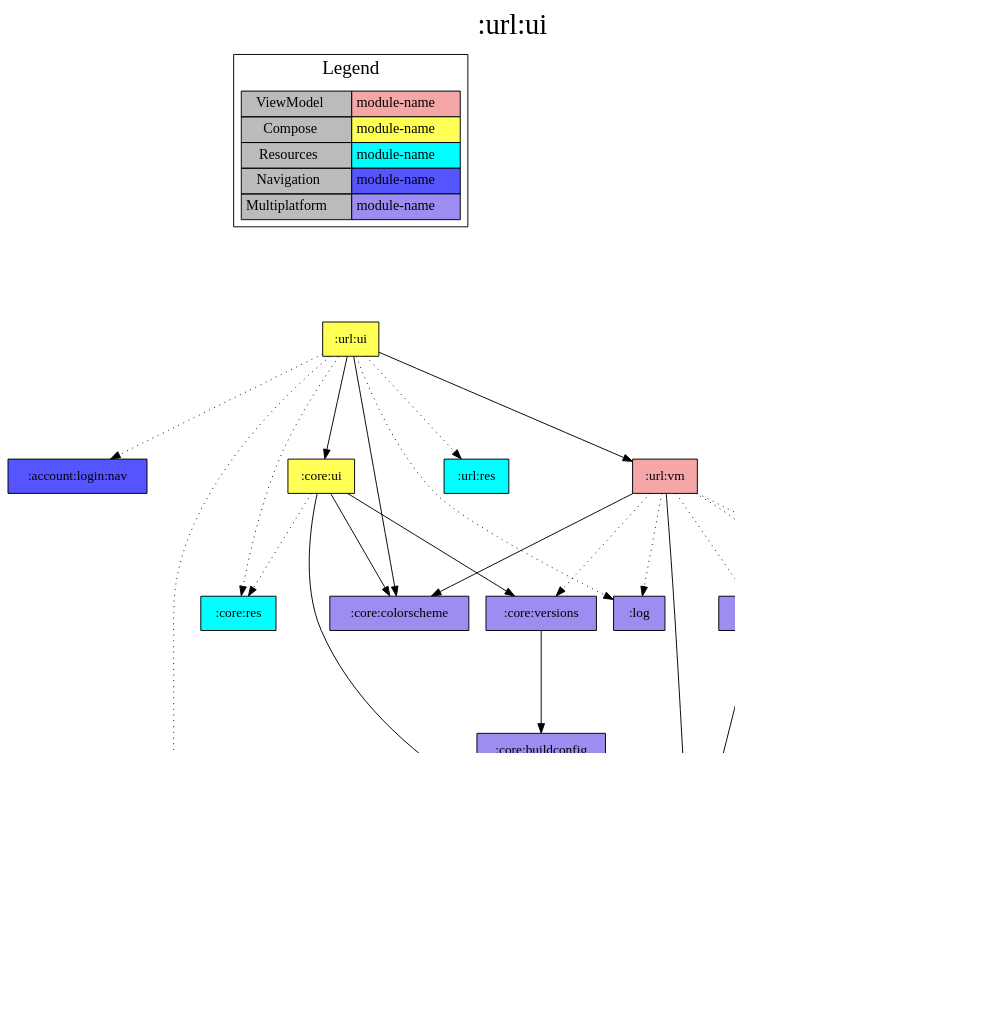
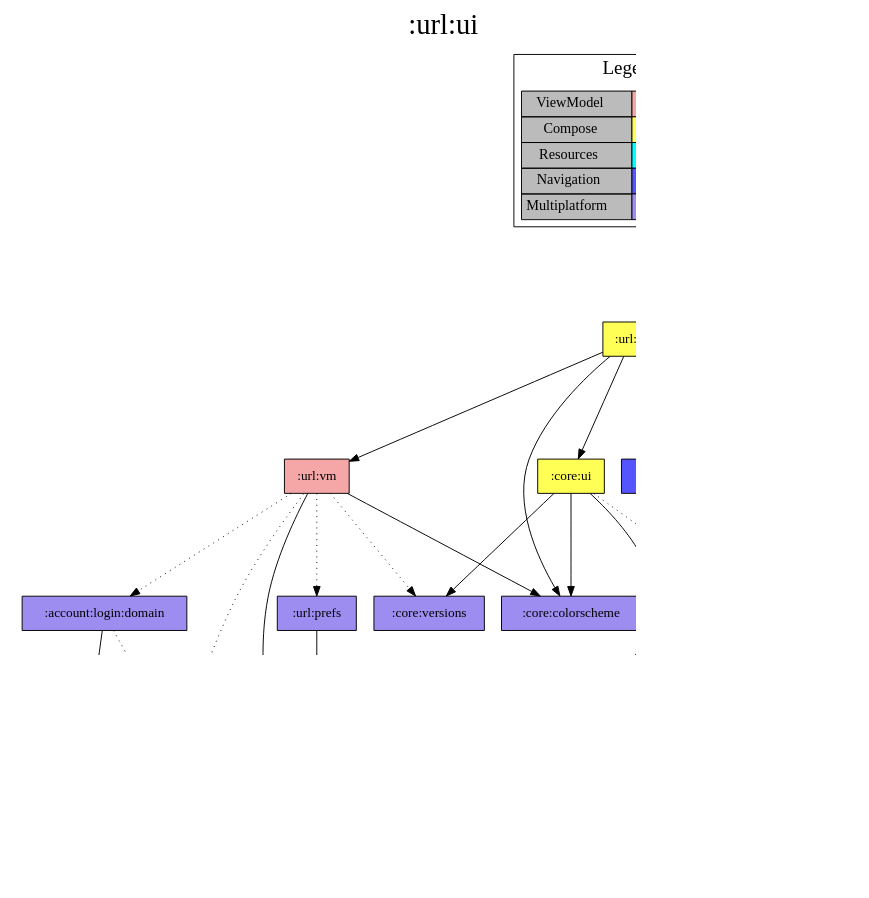
Before and after one commit to jonapoul/aktual: the diagram in modules/url/ui/project-dependency-graph.dot, drawn with Graphviz. The commit also changed 143 other files, not shown here.

```diff
--- a/modules/url/ui/project-dependency-graph.dot
+++ b/modules/url/ui/project-dependency-graph.dot
@@ -1,66 +1,58 @@
 digraph {
 edge ["dir"="forward"]
 graph ["dpi"="100","label"=":url:ui","labelloc"="t","fontsize"="30","ranksep"="1.5","rankdir"="TB"]
 node ["style"="filled"]
 ":account:login:domain" ["fillcolor"="#9D8DF1","shape"="box"]
 ":account:login:nav" ["fillcolor"="#5555FF","shape"="box"]
 ":account:model" ["fillcolor"="#9D8DF1","shape"="box"]
 ":api:actual" ["fillcolor"="#9D8DF1","shape"="box"]
 ":budget:model" ["fillcolor"="#9D8DF1","shape"="box"]
-":core:buildconfig" ["fillcolor"="#9D8DF1","shape"="box"]
 ":core:colorscheme" ["fillcolor"="#9D8DF1","shape"="box"]
-":core:model" ["fillcolor"="#9D8DF1","shape"="box"]
 ":core:res" ["fillcolor"="#00FFFF","shape"="box"]
 ":core:ui" ["fillcolor"="#FFFF55","shape"="box"]
 ":core:versions" ["fillcolor"="#9D8DF1","shape"="box"]
-":log" ["fillcolor"="#9D8DF1","shape"="box"]
 ":url:model" ["fillcolor"="#9D8DF1","shape"="box"]
 ":url:prefs" ["fillcolor"="#9D8DF1","shape"="box"]
 ":url:res" ["fillcolor"="#00FFFF","shape"="box"]
 ":url:ui" ["fillcolor"="#FFFF55","shape"="box"]
 ":url:vm" ["fillcolor"="#F5A6A6","shape"="box"]
 {
 edge ["dir"="none"]
 graph ["rank"="same"]
 }
 ":account:login:domain" -> ":account:model"
 ":account:login:domain" -> ":api:actual" ["style"="dotted"]
 ":api:actual" -> ":account:model"
 ":api:actual" -> ":budget:model"
 ":api:actual" -> ":url:model"
 ":core:ui" -> ":core:colorscheme"
 ":core:ui" -> ":core:res" ["style"="dotted"]
 ":core:ui" -> ":core:versions"
 ":core:ui" -> ":url:model"
-":core:versions" -> ":core:buildconfig"
-":url:model" -> ":core:model" ["style"="dotted"]
 ":url:prefs" -> ":url:model"
 ":url:ui" -> ":account:login:nav" ["style"="dotted"]
 ":url:ui" -> ":core:colorscheme"
-":url:ui" -> ":core:model" ["style"="dotted"]
 ":url:ui" -> ":core:res" ["style"="dotted"]
 ":url:ui" -> ":core:ui"
-":url:ui" -> ":log" ["style"="dotted"]
 ":url:ui" -> ":url:res" ["style"="dotted"]
 ":url:ui" -> ":url:vm"
 ":url:vm" -> ":account:login:domain" ["style"="dotted"]
 ":url:vm" -> ":api:actual" ["style"="dotted"]
 ":url:vm" -> ":core:colorscheme"
 ":url:vm" -> ":core:versions" ["style"="dotted"]
-":url:vm" -> ":log" ["style"="dotted"]
 ":url:vm" -> ":url:model"
 ":url:vm" -> ":url:prefs" ["style"="dotted"]
 subgraph "cluster_legend" {
 edge ["dir"="none"]
 graph ["label"="Legend","fontsize"="20"]
 "Legend" ["style"="filled","fillcolor"="#bbbbbb","shape"="none","margin"="0","fontsize"="15","label"=<
 <TABLE BORDER="0" CELLBORDER="1" CELLSPACING="0" CELLPADDING="4">
 <TR><TD>ViewModel</TD><TD BGCOLOR="#F5A6A6">module-name</TD></TR>
 <TR><TD>Compose</TD><TD BGCOLOR="#FFFF55">module-name</TD></TR>
 <TR><TD>Resources</TD><TD BGCOLOR="#00FFFF">module-name</TD></TR>
 <TR><TD>Navigation</TD><TD BGCOLOR="#5555FF">module-name</TD></TR>
 <TR><TD>Multiplatform</TD><TD BGCOLOR="#9D8DF1">module-name</TD></TR>
 </TABLE>
 >]
 } -> ":url:ui" ["style"="invis"]
 }
```
